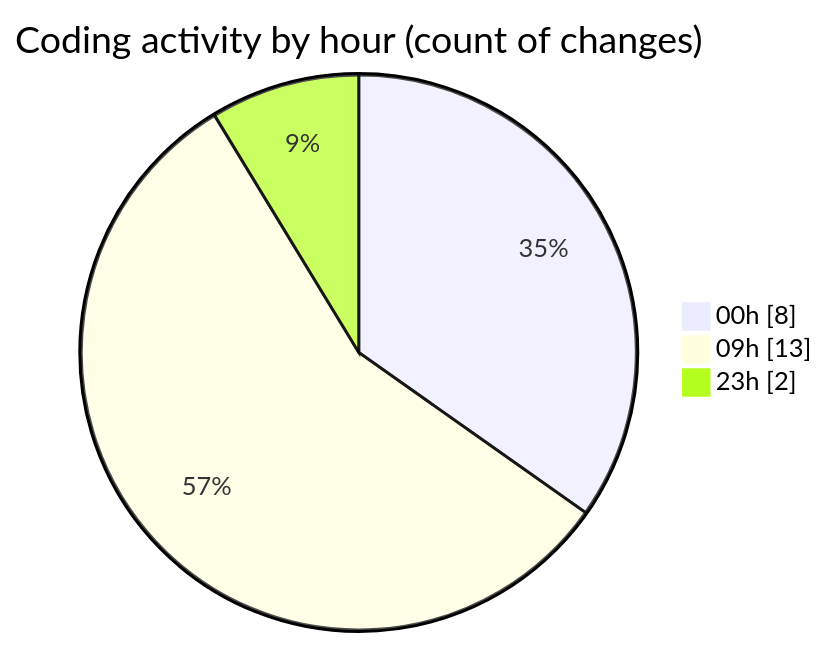
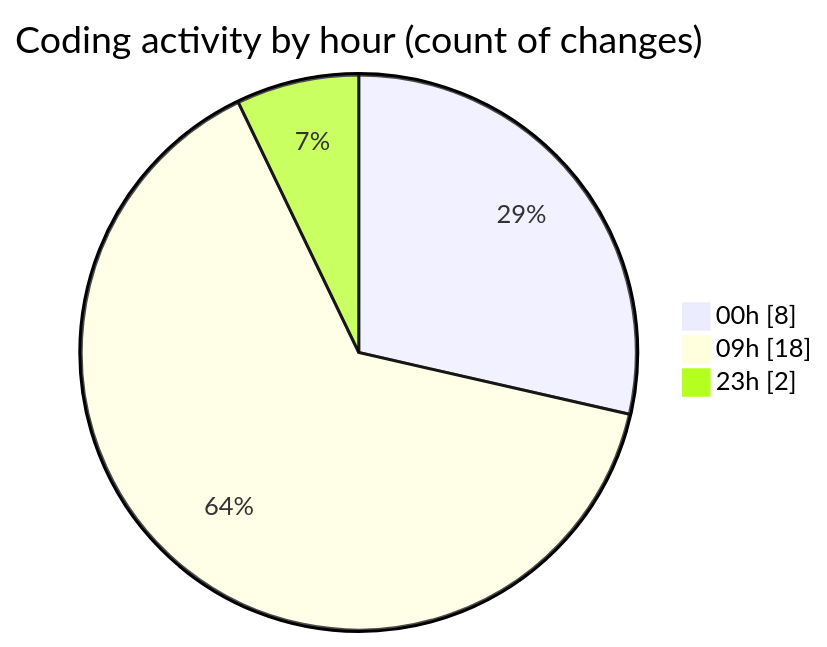
One commit to momahboobian/code-tracking changed the second of 2 diagrams in 2025-12-18/cda/README.md. Above: the diagram before and after it, drawn with Mermaid. The commit also changed other lines of this file and 1 other file, not shown here.

````diff
--- a/2025-12-18/cda/README.md
+++ b/2025-12-18/cda/README.md
@@ -39,7 +40,7 @@
 ```mermaid
 pie showData
 title Coding activity by hour (count of changes)
 "00h" : 8
-"09h" : 13
+"09h" : 18
 "23h" : 2
 ```
````
